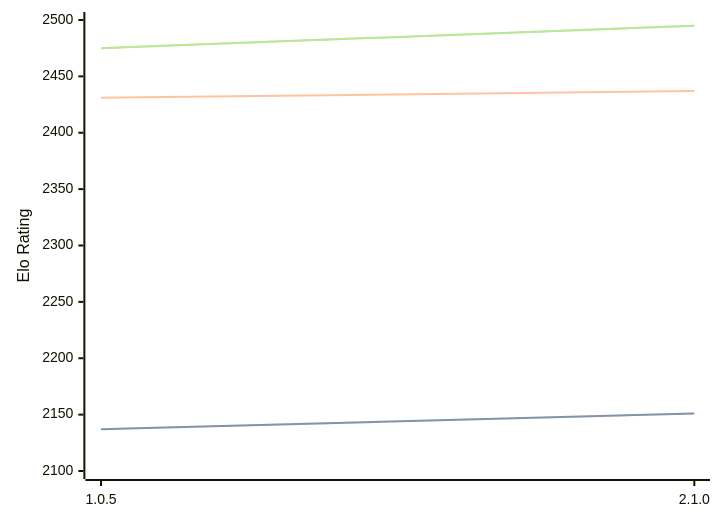
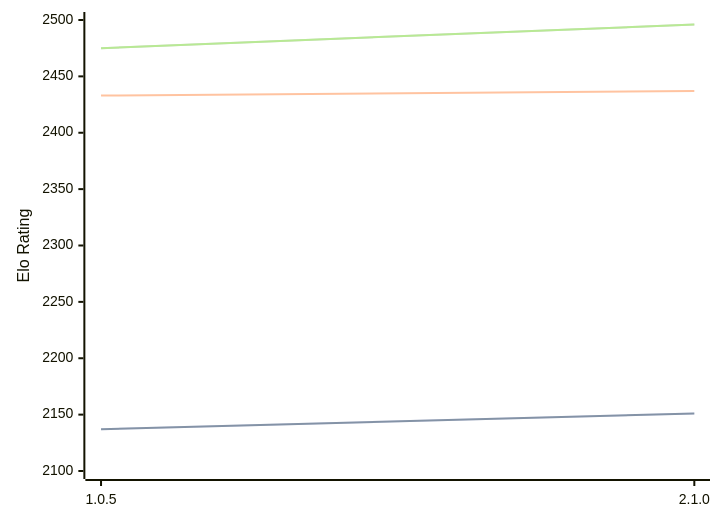
One commit to computer-chess-index/cci changed the diagram in engines/Ruffian.md. Above: the diagram before and after it, drawn with Mermaid. The commit also changed other lines of this file, not shown here.

Commit message:
Update CCI Ratings (ELO VLTC) - 2026-08-20

````diff
--- a/engines/Ruffian.md
+++ b/engines/Ruffian.md
@@ -32,11 +32,11 @@
 ```mermaid
 %%{init: {"theme":"base","themeVariables":{"seriesColors:['#a3a3a3','#222221','#faa371']}}}%%
 xychart-beta
   x-axis ["1.0.5", "2.1.0"]
   y-axis "Elo Rating" 2100 --> 2500
   line "STC (8.0+0.08s)" [2137, 2151]
   line "STC (8.0+0.08s)" [2137, 2151]
-  line "LTC (60.0+0.60s)" [2431, 2437]
-  line "VLTC (2m24s+1.12s)" [2475, 2495]
-  line "VLTC (2m24s+1.12s)" [2475, 2495]
+  line "LTC (60.0+0.60s)" [2433, 2437]
+  line "VLTC (2m24s+1.12s)" [2475, 2496]
+  line "VLTC (2m24s+1.12s)" [2475, 2496]
 ```
````
